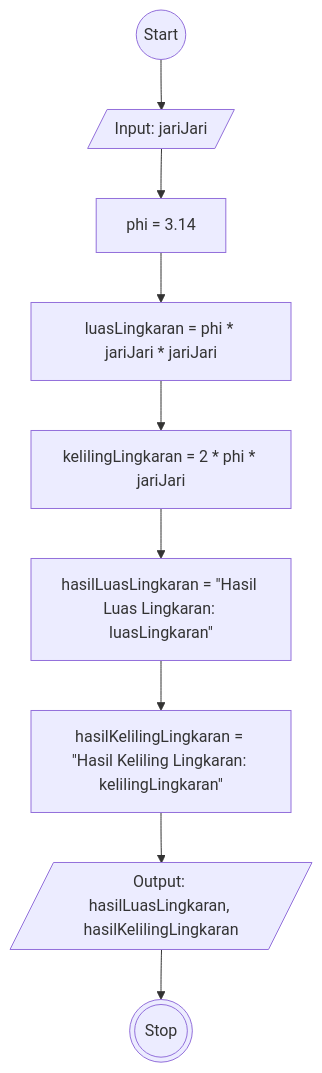
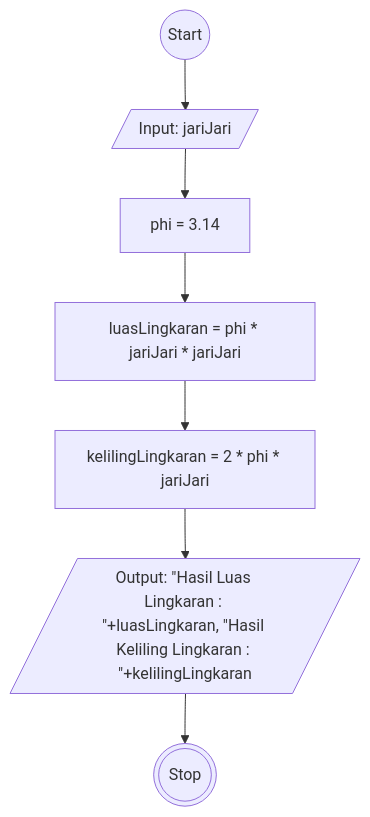
Before and after one commit to Vincentius31/koda-b6-javascript1: the diagram in README.md, drawn with Mermaid. The commit also changed 1 other file, not shown here.

````diff
--- a/README.md
+++ b/README.md
@@ -5,14 +5,12 @@
 ```mermaid
 flowchart TD
 idStart((Start))
 idInput[/"Input: jariJari"/]
 idNilaiPhi["phi = 3.14"]
 idLuasLingkaran["luasLingkaran = phi * jariJari * jariJari"]
 idKelilingLingkaran["kelilingLingkaran = 2 * phi * jariJari"]
-idProsesLuas[hasilLuasLingkaran = #quot;Hasil Luas Lingkaran: luasLingkaran#quot;]
-idProsesKeliling[hasilKelilingLingkaran = #quot;Hasil Keliling Lingkaran: kelilingLingkaran#quot;]
-idOutput[/Output: hasilLuasLingkaran, hasilKelilingLingkaran/]
+idOutput[/Output: "Hasil Luas Lingkaran : "+luasLingkaran, "Hasil Keliling Lingkaran : "+kelilingLingkaran/]
 idFinish(((Stop)))
 
-idStart --> idInput --> idNilaiPhi --> idLuasLingkaran --> idKelilingLingkaran --> idProsesLuas --> idProsesKeliling --> idOutput --> idFinish
+idStart --> idInput --> idNilaiPhi --> idLuasLingkaran --> idKelilingLingkaran -->  idOutput --> idFinish
 ```
````
